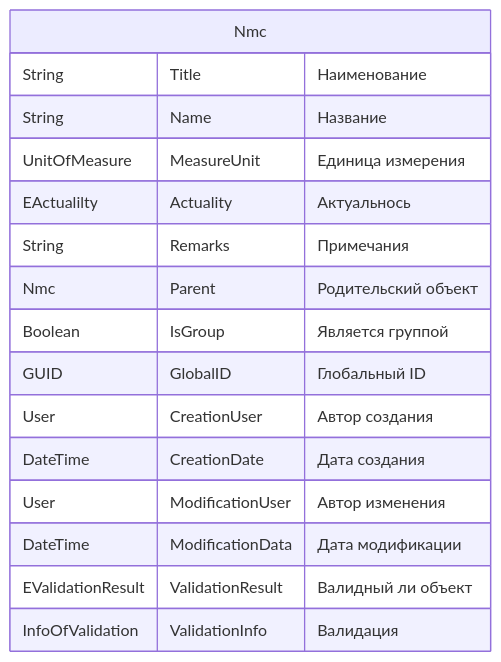
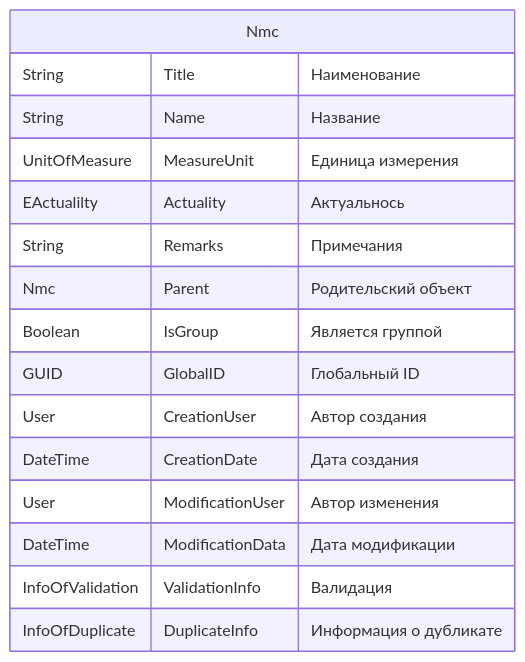
One commit to Zorin-Mykhailo/Kusto changed the first of 5 diagrams in Kusto/Documents/2313902__ContractorsCheck/DataModel.md. Above: the diagram before and after it, drawn with Mermaid. The commit also changed other lines of this file, not shown here.

````diff
--- a/Kusto/Documents/2313902__ContractorsCheck/DataModel.md
+++ b/Kusto/Documents/2313902__ContractorsCheck/DataModel.md
@@ -4,21 +4,25 @@
 ```mermaid
 erDiagram
   Nmc {    
     String Title "Наименование"    
     String Name "Название"    
     UnitOfMeasure MeasureUnit "Единица измерения"
     EActualilty Actuality "Актуальнось"
     String Remarks "Примечания"
     
     Nmc Parent "Родительский объект"
     Boolean IsGroup "Является группой"
     
     GUID GlobalID "Глобальный ID"
     User CreationUser "Автор создания"
     DateTime CreationDate "Дата создания"
     User ModificationUser "Автор изменения"
     DateTime ModificationData "Дата модификации"
-    EValidationResult ValidationResult "Валидный ли объект"
+    
+    
     InfoOfValidation ValidationInfo "Валидация"
+    
+    
+    InfoOfDuplicate DuplicateInfo "Информация о дубликате"
   }
 ```
````
